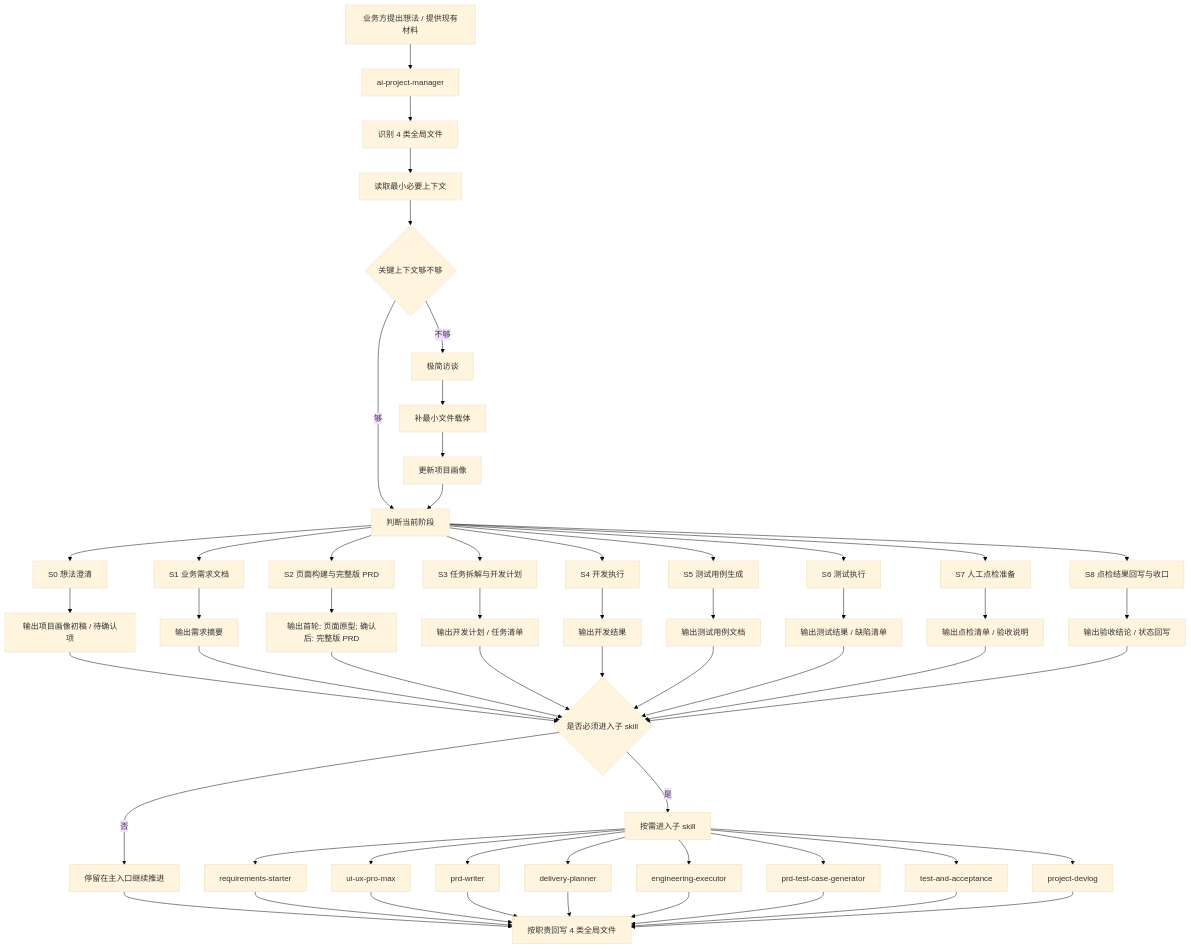
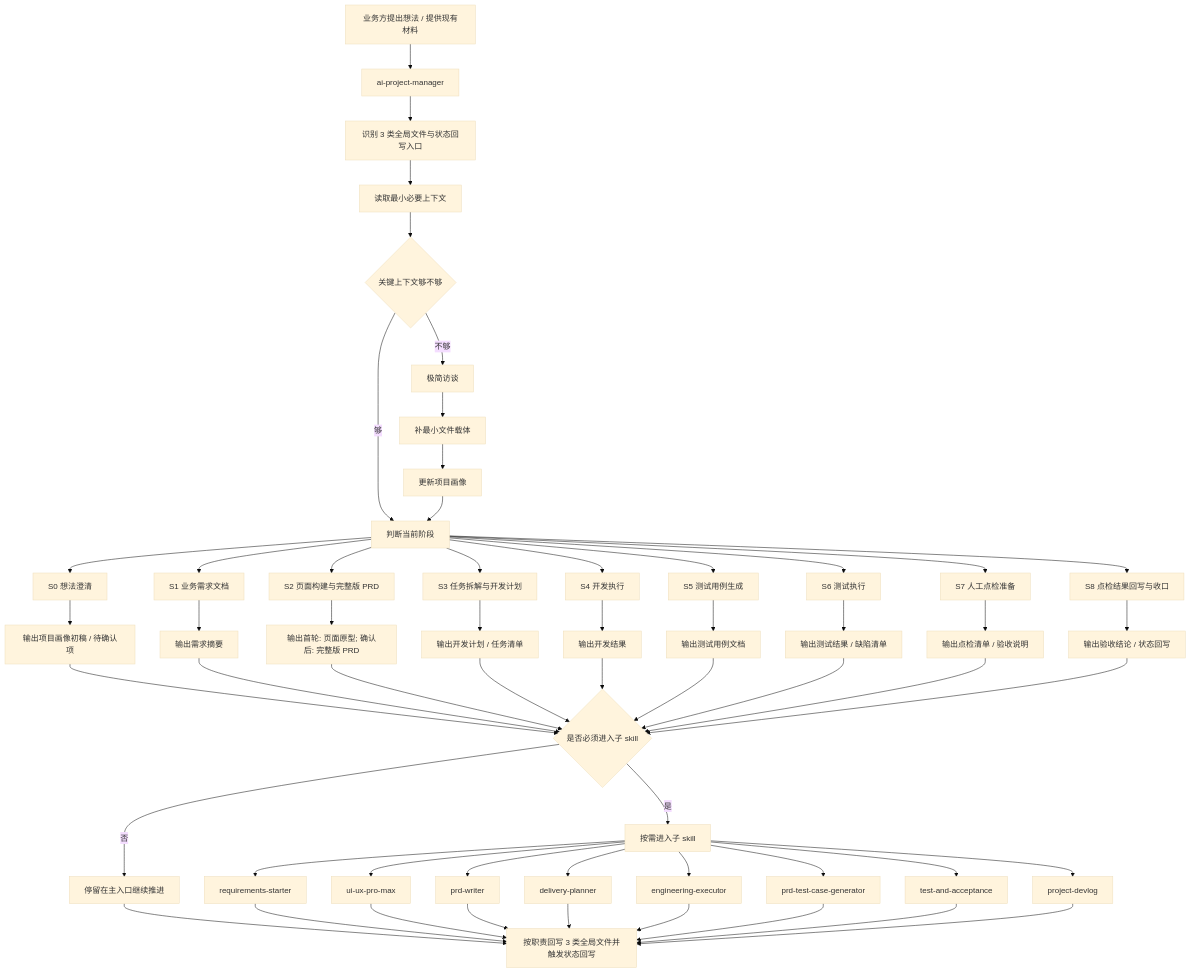
One commit to KeithChen51/SPACE-Coder changed the diagram in project-manager-suite/docs/design/project-progression-workflow.md. Above: the diagram before and after it, drawn with Mermaid (base theme). The commit also changed 14 other files, not shown here.

````diff
--- a/project-manager-suite/docs/design/project-progression-workflow.md
+++ b/project-manager-suite/docs/design/project-progression-workflow.md
@@ -16,67 +16,67 @@
 ```mermaid
 flowchart TD
     U[业务方提出想法 / 提供现有材料] --> A[ai-project-manager]
 
-    A --> B[识别 4 类全局文件]
+    A --> B[识别 3 类全局文件与状态回写入口]
     B --> C[读取最小必要上下文]
     C --> D{关键上下文够不够}
 
     D -- 不够 --> E[极简访谈]
     E --> F[补最小文件载体]
     F --> G[更新项目画像]
 
     D -- 够 --> H[判断当前阶段]
     G --> H
 
     H --> S0[S0 想法澄清]
     H --> S1[S1 业务需求文档]
     H --> S2[S2 页面构建与完整版 PRD]
     H --> S3[S3 任务拆解与开发计划]
     H --> S4[S4 开发执行]
     H --> S5[S5 测试用例生成]
     H --> S6[S6 测试执行]
     H --> S7[S7 人工点检准备]
     H --> S8[S8 点检结果回写与收口]
 
     S0 --> O1[输出项目画像初稿 / 待确认项]
     S1 --> O2[输出需求摘要]
     S2 --> O3[输出首轮: 页面原型; 确认后: 完整版 PRD]
     S3 --> O4[输出开发计划 / 任务清单]
     S4 --> O5[输出开发结果]
     S5 --> O6[输出测试用例文档]
     S6 --> O7[输出测试结果 / 缺陷清单]
     S7 --> O8[输出点检清单 / 验收说明]
     S8 --> O9[输出验收结论 / 状态回写]
 
     O1 --> R{是否必须进入子 skill}
     O2 --> R
     O3 --> R
     O4 --> R
     O5 --> R
     O6 --> R
     O7 --> R
     O8 --> R
     O9 --> R
 
     R -- 否 --> W[停留在主入口继续推进]
     R -- 是 --> K[按需进入子 skill]
 
     K --> RS[requirements-starter]
     K --> UX[ui-ux-pro-max]
     K --> PW[prd-writer]
     K --> DP[delivery-planner]
     K --> EE[engineering-executor]
     K --> TC[prd-test-case-generator]
     K --> TA[test-and-acceptance]
     K --> DL[project-devlog]
 
-    W --> X[按职责回写 4 类全局文件]
+    W --> X[按职责回写 3 类全局文件并触发状态回写]
     RS --> X
     UX --> X
     PW --> X
     DP --> X
     EE --> X
     TC --> X
     TA --> X
     DL --> X
 ```
````
